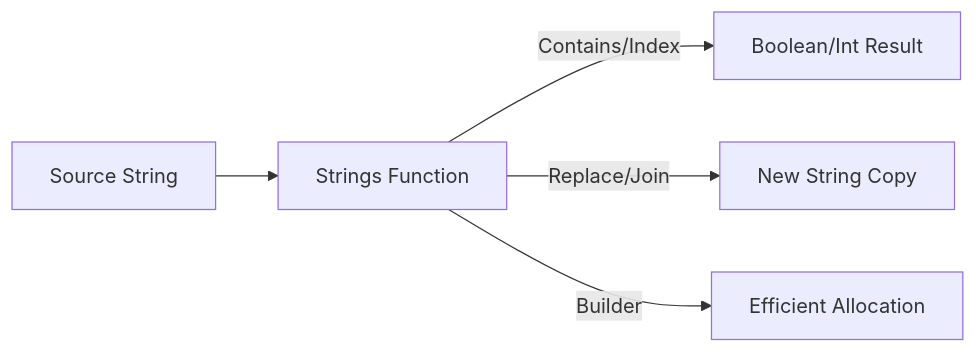
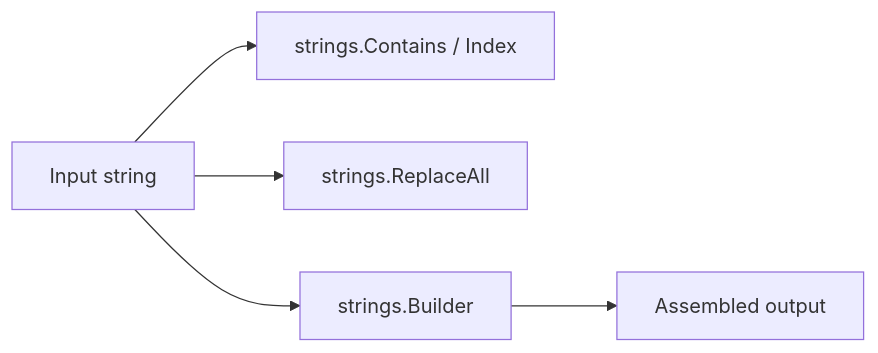
One commit to syahputrawork98-sketch/Golang-Knowledge-Base changed the diagram in RAK-05-standard-library/SR-01-data-processing/BK-01-string-text/CH-01_Strings/README.md. Above: the diagram before and after it, drawn with Mermaid. The commit also changed other lines of this file and 44 other files, not shown here.

````diff
--- a/RAK-05-standard-library/SR-01-data-processing/BK-01-string-text/CH-01_Strings/README.md
+++ b/RAK-05-standard-library/SR-01-data-processing/BK-01-string-text/CH-01_Strings/README.md
@@ -23,7 +33,7 @@
 ```mermaid
 graph LR
-    S[Source String] --> F[Strings Function]
-    F -->|Contains/Index| B[Boolean/Int Result]
-    F -->|Replace/Join| N[New String Copy]
-    F -->|Builder| M[Efficient Allocation]
+    S[Input string] --> Find[strings.Contains / Index]
+    S --> Replace[strings.ReplaceAll]
+    S --> Builder[strings.Builder]
+    Builder --> Out[Assembled output]
 ```
````
